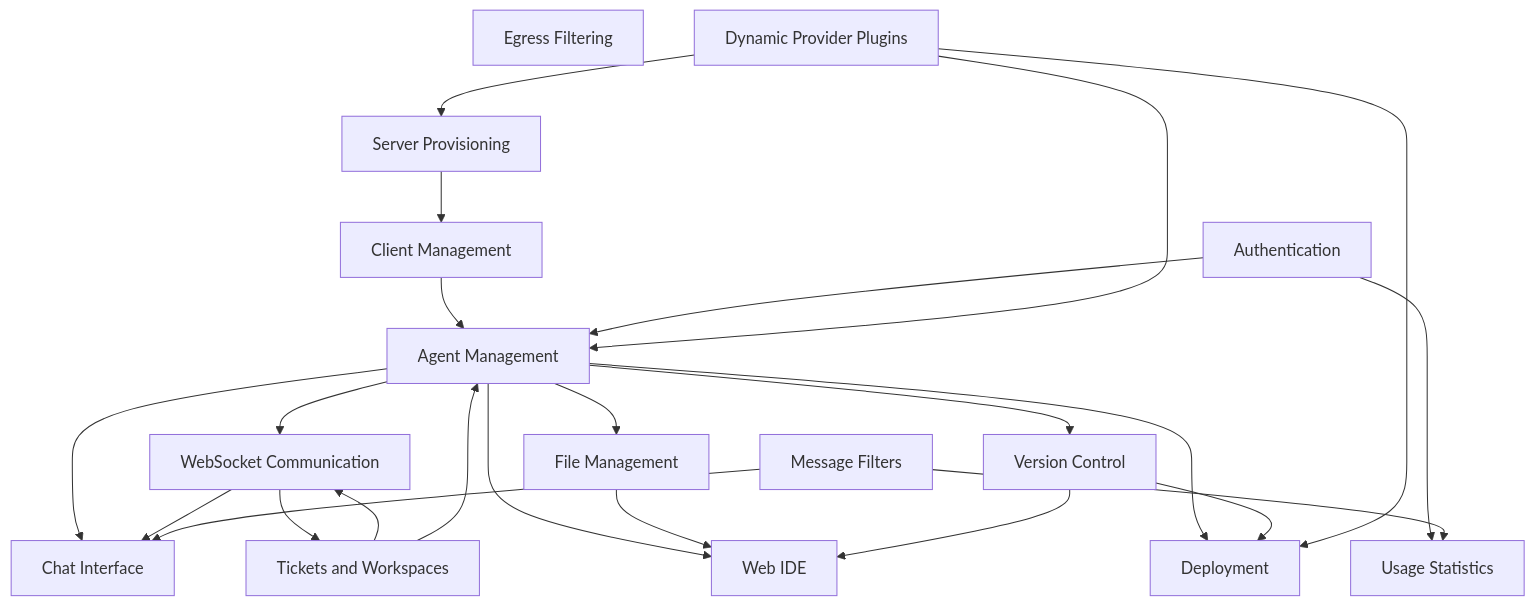
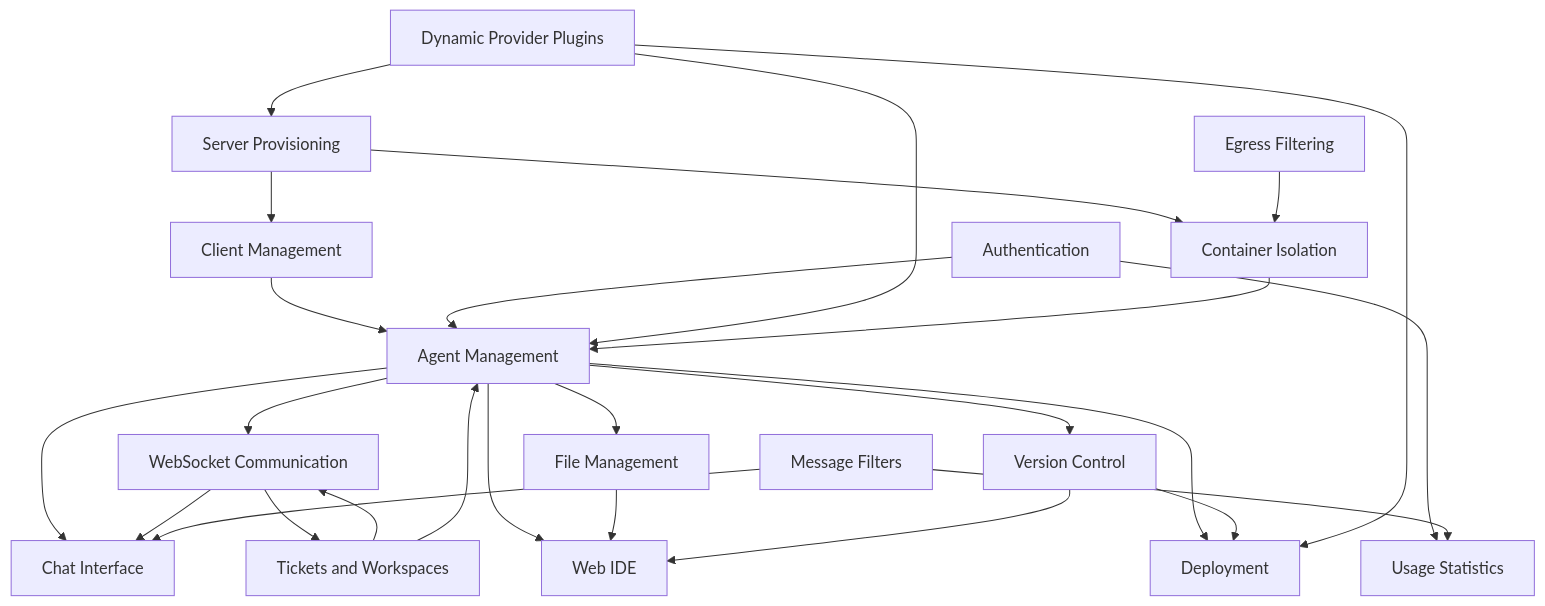
Before and after one commit to forepath/one: the diagram in docs/agenstra/features/README.md, drawn with Mermaid. The commit also changed other lines of this file and 110 other files, not shown here.

````diff
--- a/docs/agenstra/features/README.md
+++ b/docs/agenstra/features/README.md
@@ -255,41 +268,45 @@
 ```mermaid
 graph TB
     CM[Client Management]
     AM[Agent Management]
     SP[Server Provisioning]
     WS[WebSocket Communication]
     FM[File Management]
     VC[Version Control]
     IDE[Web IDE]
     Chat[Chat Interface]
     DEP[Deployment]
     AUTH[Authentication]
     TK[Tickets and Workspaces]
     ST[Usage Statistics]
     FR[Message Filters]
     EG[Egress Filtering]
+    CI[Container Isolation]
     DP[Dynamic Provider Plugins]
 
     SP --> CM
     CM --> AM
     AM --> WS
     AM --> FM
     AM --> VC
     AM --> IDE
     AM --> Chat
     AM --> DEP
     WS --> Chat
     WS --> TK
     FM --> IDE
     VC --> IDE
     VC --> DEP
     AUTH --> AM
     AUTH --> ST
     TK --> WS
     FR --> Chat
     FR --> ST
     TK --> AM
     DP --> SP
     DP --> AM
     DP --> DEP
+    SP --> CI
+    CI --> AM
+    EG --> CI
 ```
````
